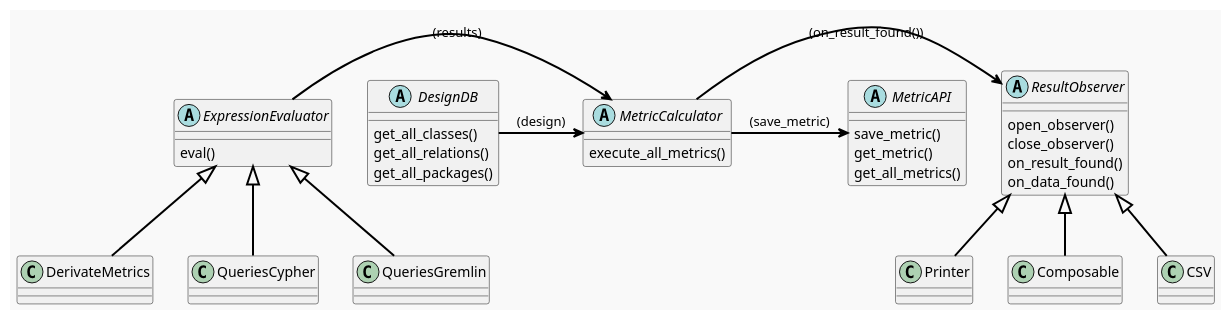
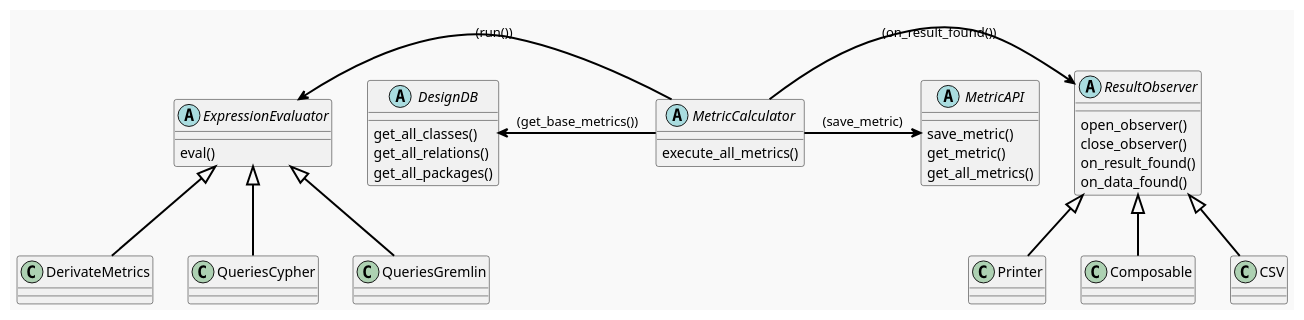
The diagram in Design/metric_calculator-result_obs.plantuml (GonzaloGarciaZurlo/CodeDesignDeltaEvaluator), drawn with PlantUML before and after one commit. The commit also changed 3 other files, not shown here.

Commit message:
design correction in UML files

```diff
--- a/Design/metric_calculator-result_obs.plantuml
+++ b/Design/metric_calculator-result_obs.plantuml
@@ -1,55 +1,55 @@
 @startuml MetricCalculator-resultObserver
 skinparam packageStyle rectangle
 skinparam shadowing false
 skinparam backgroundColor #F9F9F9
 skinparam packageBackgroundColor #DDDDDD
 skinparam packageBorderColor #000000
 skinparam arrowColor #000000
 skinparam arrowThickness 2
 
 abstract class MetricCalculator {
     execute_all_metrics()
 }
 abstract class ExpressionEvaluator {
     eval()
 }
 abstract class MetricAPI {
     save_metric()
     get_metric()
     get_all_metrics()
 }
 abstract class DesignDB{
     get_all_classes()
     get_all_relations()
     get_all_packages()
 }
 abstract class ResultObserver {
     open_observer()
     close_observer()
     on_result_found()
     on_data_found()
 }
 
 class DerivateMetrics
 class QueriesCypher
 class QueriesGremlin
 
 class Printer
 class Composable
 class CSV
 
 
 ExpressionEvaluator <|-- QueriesCypher   
 ExpressionEvaluator <|-- QueriesGremlin
 ExpressionEvaluator <|-- DerivateMetrics
 
 ResultObserver <|-- Printer
 ResultObserver <|-- Composable
 ResultObserver <|-- CSV
 
-ExpressionEvaluator -> MetricCalculator : (results)
+ExpressionEvaluator <- MetricCalculator : (run())
 MetricCalculator -> ResultObserver : (on_result_found())
-DesignDB -> MetricCalculator : (design)
+DesignDB <- MetricCalculator : (get_base_metrics())
 MetricCalculator  -> MetricAPI : (save_metric)
 
 @enduml
```
